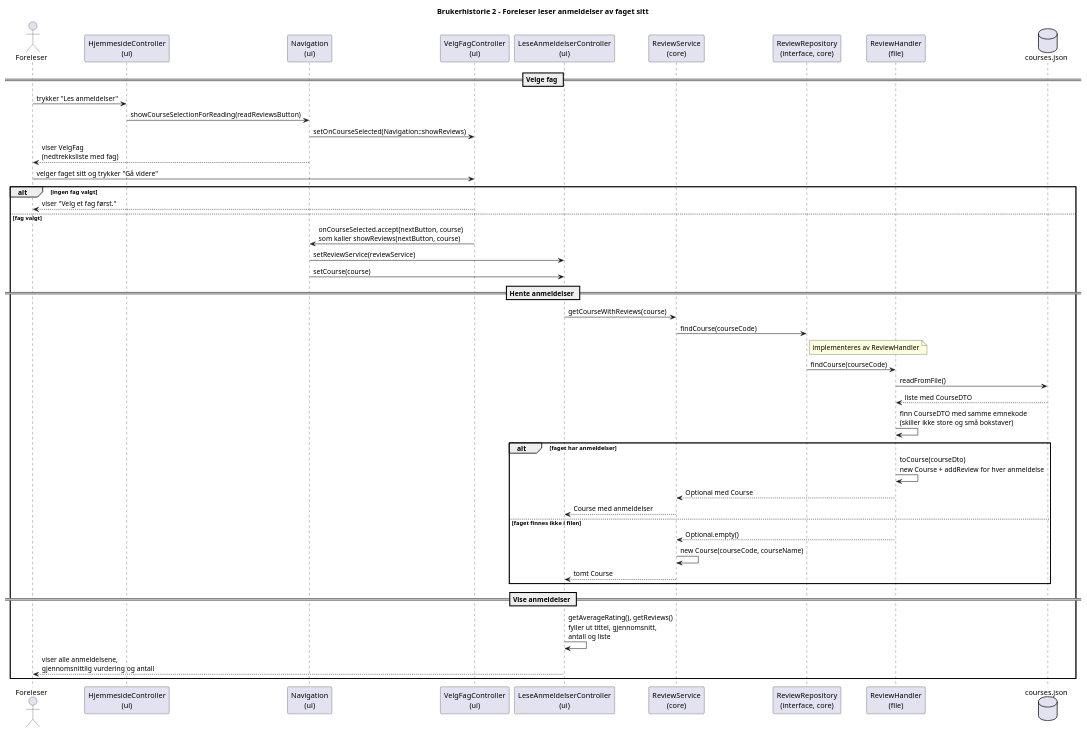
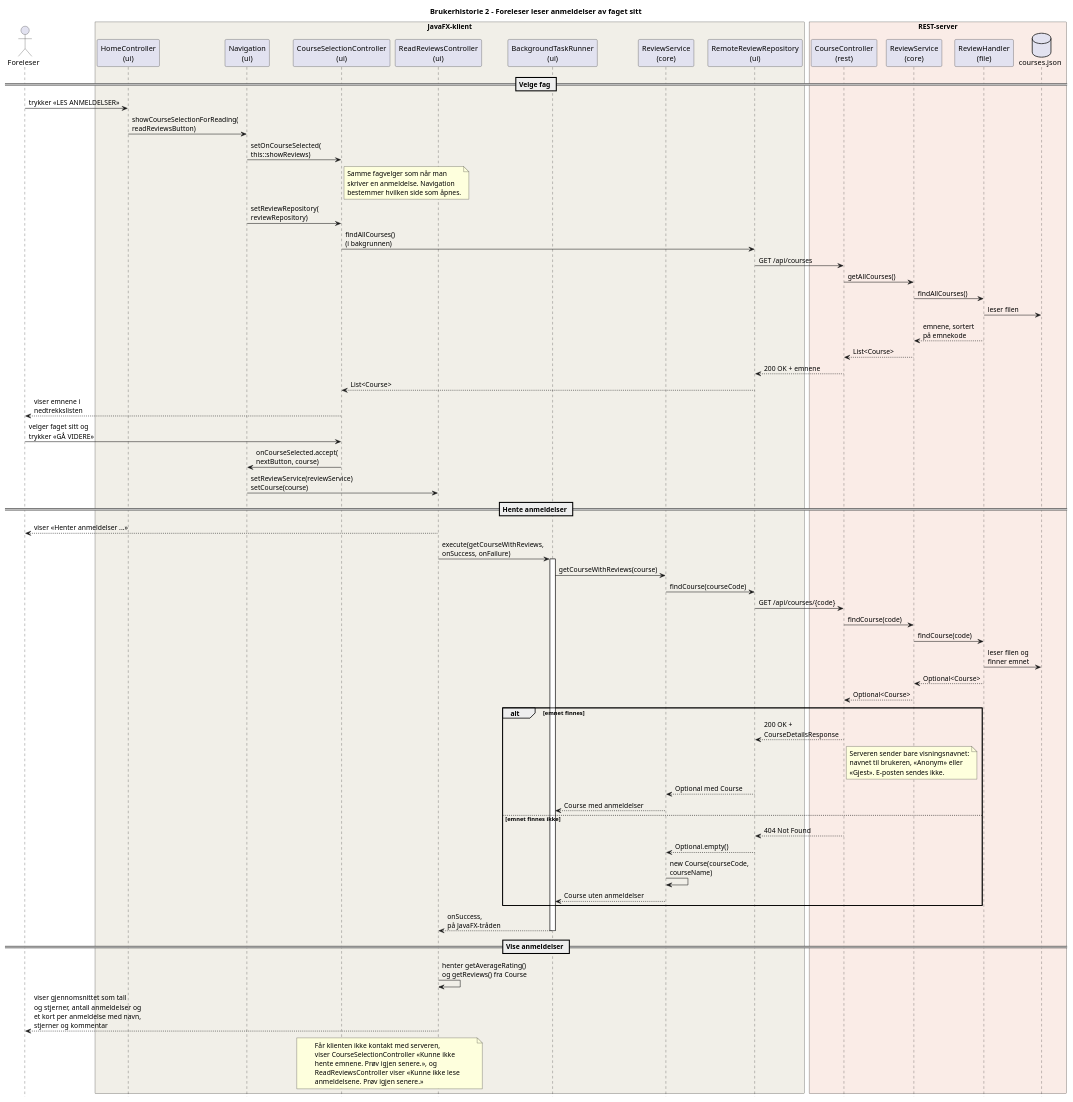
Before and after one commit to JesperBarosen/BIThub: the diagram in arkitektur/brukerhistorie2Sekvensdiagram.puml, drawn with PlantUML. The commit also changed 11 other files, not shown here.

First line of the commit message:
Rydd i UML-diagrammene og vis 409

```diff
--- a/arkitektur/brukerhistorie2Sekvensdiagram.puml
+++ b/arkitektur/brukerhistorie2Sekvensdiagram.puml
@@ -1,57 +1,87 @@
-@startuml brukerhistorie2_lese_anmeldelser
+@startuml brukerhistorie2Sekvensdiagram
+hide footbox
 
 title Brukerhistorie 2 - Foreleser leser anmeldelser av faget sitt
 
 actor "Foreleser" as User
-participant "HjemmesideController\n(ui)" as HomeC
+box "JavaFX-klient" #F1EFE8
+participant "HomeController\n(ui)" as HomeC
 participant "Navigation\n(ui)" as Nav
-participant "VelgFagController\n(ui)" as SelectC
-participant "LeseAnmeldelserController\n(ui)" as ReadC
-participant "ReviewService\n(core)" as Service
-participant "ReviewRepository\n(interface, core)" as Repo
+participant "CourseSelectionController\n(ui)" as SelectC
+participant "ReadReviewsController\n(ui)" as ReadC
+participant "BackgroundTaskRunner\n(ui)" as Runner
+participant "ReviewService\n(core)" as ClientService
+participant "RemoteReviewRepository\n(ui)" as Remote
+end box
+box "REST-server" #FAECE7
+participant "CourseController\n(rest)" as CourseC
+participant "ReviewService\n(core)" as ServerService
 participant "ReviewHandler\n(file)" as Handler
 database "courses.json" as File
+end box
 
 == Velge fag ==
 
-User -> HomeC : trykker "Les anmeldelser"
-HomeC -> Nav : showCourseSelectionForReading(readReviewsButton)
-Nav -> SelectC : setOnCourseSelected(Navigation::showReviews)
-Nav --> User : viser VelgFag\n(nedtrekksliste med fag)
+User -> HomeC : trykker «LES ANMELDELSER»
+HomeC -> Nav : showCourseSelectionForReading(\nreadReviewsButton)
+Nav -> SelectC : setOnCourseSelected(\nthis::showReviews)
+note right of SelectC : Samme fagvelger som når man\nskriver en anmeldelse. Navigation\nbestemmer hvilken side som åpnes.
+Nav -> SelectC : setReviewRepository(\nreviewRepository)
+SelectC -> Remote : findAllCourses()\n(i bakgrunnen)
+Remote -> CourseC : GET /api/courses
+CourseC -> ServerService : getAllCourses()
+ServerService -> Handler : findAllCourses()
+Handler -> File : leser filen
+Handler --> ServerService : emnene, sortert\npå emnekode
+ServerService --> CourseC : List<Course>
+CourseC --> Remote : 200 OK + emnene
+Remote --> SelectC : List<Course>
+SelectC --> User : viser emnene i\nnedtrekkslisten
 
-User -> SelectC : velger faget sitt og trykker "Gå videre"
+User -> SelectC : velger faget sitt og\ntrykker «GÅ VIDERE»
+SelectC -> Nav : onCourseSelected.accept(\nnextButton, course)
+Nav -> ReadC : setReviewService(reviewService)\nsetCourse(course)
 
-alt ingen fag valgt
-    SelectC --> User : viser "Velg et fag først."
-else fag valgt
-    SelectC -> Nav : onCourseSelected.accept(nextButton, course)\nsom kaller showReviews(nextButton, course)
-    Nav -> ReadC : setReviewService(reviewService)
-    Nav -> ReadC : setCourse(course)
+== Hente anmeldelser ==
 
-    == Hente anmeldelser ==
+ReadC --> User : viser «Henter anmeldelser ...»
+ReadC -> Runner : execute(getCourseWithReviews,\nonSuccess, onFailure)
+activate Runner
+Runner -> ClientService : getCourseWithReviews(course)
+ClientService -> Remote : findCourse(courseCode)
+Remote -> CourseC : GET /api/courses/{code}
+CourseC -> ServerService : findCourse(code)
+ServerService -> Handler : findCourse(code)
+Handler -> File : leser filen og\nfinner emnet
+Handler --> ServerService : Optional<Course>
+ServerService --> CourseC : Optional<Course>
 
-    ReadC -> Service : getCourseWithReviews(course)
-    Service -> Repo : findCourse(courseCode)
-    note right of Repo : implementeres av ReviewHandler
-    Repo -> Handler : findCourse(courseCode)
-    Handler -> File : readFromFile()
-    File --> Handler : liste med CourseDTO
-    Handler -> Handler : finn CourseDTO med samme emnekode\n(skiller ikke store og små bokstaver)
-
-    alt faget har anmeldelser
-        Handler -> Handler : toCourse(courseDto)\nnew Course + addReview for hver anmeldelse
-        Handler --> Service : Optional med Course
-        Service --> ReadC : Course med anmeldelser
-    else faget finnes ikke i filen
-        Handler --> Service : Optional.empty()
-        Service -> Service : new Course(courseCode, courseName)
-        Service --> ReadC : tomt Course
-    end
-
-    == Vise anmeldelser ==
-
-    ReadC -> ReadC : getAverageRating(), getReviews()\nfyller ut tittel, gjennomsnitt,\nantall og liste
-    ReadC --> User : viser alle anmeldelsene,\ngjennomsnittlig vurdering og antall
+alt emnet finnes
+    CourseC --> Remote : 200 OK +\nCourseDetailsResponse
+    note right of CourseC : Serveren sender bare visningsnavnet:\nnavnet til brukeren, «Anonym» eller\n«Gjest». E-posten sendes ikke.
+    Remote --> ClientService : Optional med Course
+    ClientService --> Runner : Course med anmeldelser
+else emnet finnes ikke
+    CourseC --> Remote : 404 Not Found
+    Remote --> ClientService : Optional.empty()
+    ClientService -> ClientService : new Course(courseCode,\ncourseName)
+    ClientService --> Runner : Course uten anmeldelser
 end
 
+Runner --> ReadC : onSuccess,\npå JavaFX-tråden
+deactivate Runner
+
+== Vise anmeldelser ==
+
+ReadC -> ReadC : henter getAverageRating()\nog getReviews() fra Course
+ReadC --> User : viser gjennomsnittet som tall\nog stjerner, antall anmeldelser og\net kort per anmeldelse med navn,\nstjerner og kommentar
+
+note over SelectC, ReadC
+  Får klienten ikke kontakt med serveren,
+  viser CourseSelectionController «Kunne ikke
+  hente emnene. Prøv igjen senere.», og
+  ReadReviewsController viser «Kunne ikke lese
+  anmeldelsene. Prøv igjen senere.»
+end note
+
 @enduml
```
